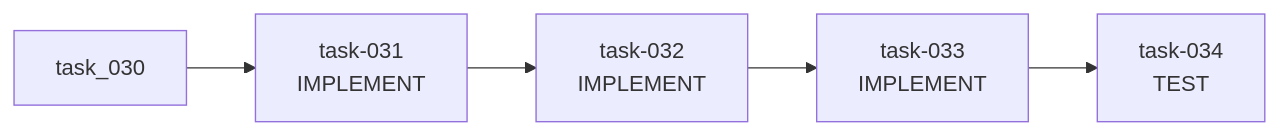
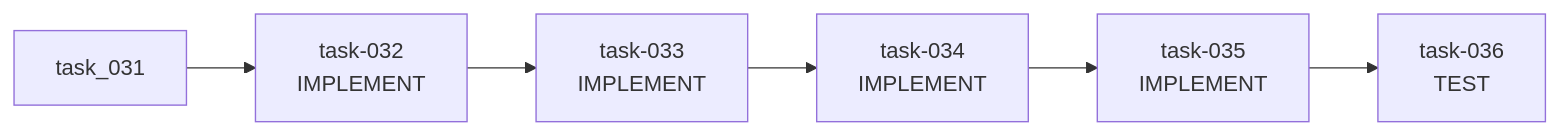
One commit to AndreVianna/aid-methodology changed the fifth of 5 diagrams in .aid/works/work-001-agent-chat/PLAN.md. Above: the diagram before and after it, drawn with Mermaid. The commit also changed other lines of this file and 20 other files, not shown here.

````diff
--- a/.aid/works/work-001-agent-chat/PLAN.md
+++ b/.aid/works/work-001-agent-chat/PLAN.md
@@ -402,11 +406,13 @@
 ```mermaid
 graph LR
-  task_031["task-031<br/>IMPLEMENT"]
   task_032["task-032<br/>IMPLEMENT"]
   task_033["task-033<br/>IMPLEMENT"]
-  task_034["task-034<br/>TEST"]
-  task_030 --> task_031
+  task_034["task-034<br/>IMPLEMENT"]
+  task_035["task-035<br/>IMPLEMENT"]
+  task_036["task-036<br/>TEST"]
   task_031 --> task_032
   task_032 --> task_033
   task_033 --> task_034
+  task_034 --> task_035
+  task_035 --> task_036
 ```
````
